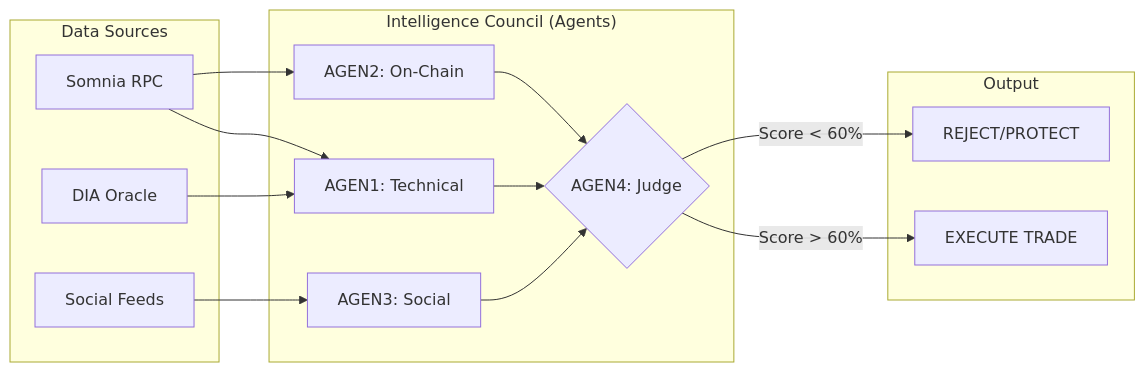
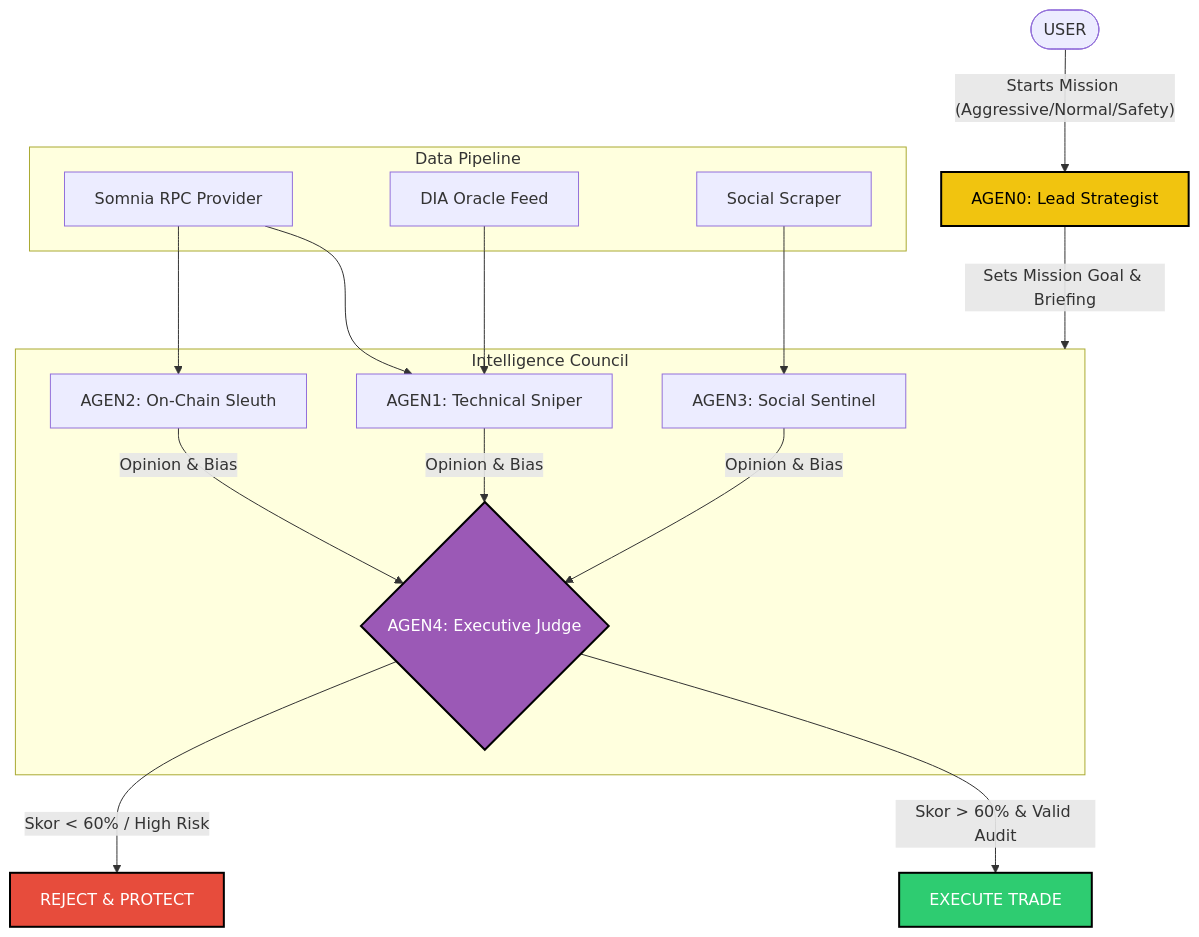
Before and after one commit to apilpirmangithub/SOMNIACONCEPT: the diagram in docs/ARCHITECTURE.md, drawn with Mermaid. The commit also changed other lines of this file and 1 other file, not shown here.

Commit message:
Docs: Removed image and implemented pure technical logic flow with AGEN0

````diff
--- a/docs/ARCHITECTURE.md
+++ b/docs/ARCHITECTURE.md
@@ -13,32 +7,35 @@
 ```mermaid
-graph LR
-    subgraph "Data Sources"
-        A[Somnia RPC]
-        B[DIA Oracle]
-        C[Social Feeds]
+graph TD
+    User([USER]) -- "Starts Mission (Aggressive/Normal/Safety)" --> A0[AGEN0: Lead Strategist]
+    
+    A0 -- "Sets Mission Goal & Briefing" --> Council
+    
+    subgraph Data [Data Pipeline]
+        D1[Somnia RPC Provider]
+        D2[DIA Oracle Feed]
+        D3[Social Scraper]
     end
 
-    subgraph "Intelligence Council (Agents)"
-        D[AGEN1: Technical]
-        E[AGEN2: On-Chain]
-        F[AGEN3: Social]
-        G{AGEN4: Judge}
+    subgraph Council [Intelligence Council]
+        A1[AGEN1: Technical Sniper]
+        A2[AGEN2: On-Chain Sleuth]
+        A3[AGEN3: Social Sentinel]
+        A4{AGEN4: Executive Judge}
     end
 
-    subgraph "Output"
-        H[EXECUTE TRADE]
-        I[REJECT/PROTECT]
-    end
+    D1 --> A1 & A2
+    D2 --> A1
+    D3 --> A3
 
-    A --> D
-    A --> E
-    B --> D
-    C --> F
-    
-    D --> G
-    E --> G
-    F --> G
-    
-    G -- "Score > 60%" --> H
-    G -- "Score < 60%" --> I
+    A1 -- "Opinion & Bias" --> A4
+    A2 -- "Opinion & Bias" --> A4
+    A3 -- "Opinion & Bias" --> A4
+
+    A4 -- "Skor > 60% & Valid Audit" --> Exec[EXECUTE TRADE]
+    A4 -- "Skor < 60% / High Risk" --> Prot[REJECT & PROTECT]
+
+    style A0 fill:#f1c40f,stroke:#000,stroke-width:2px,color:#000
+    style A4 fill:#9b59b6,stroke:#000,stroke-width:2px,color:#fff
+    style Exec fill:#2ecc71,stroke:#000,stroke-width:2px,color:#fff
+    style Prot fill:#e74c3c,stroke:#000,stroke-width:2px,color:#fff
 ```
````
